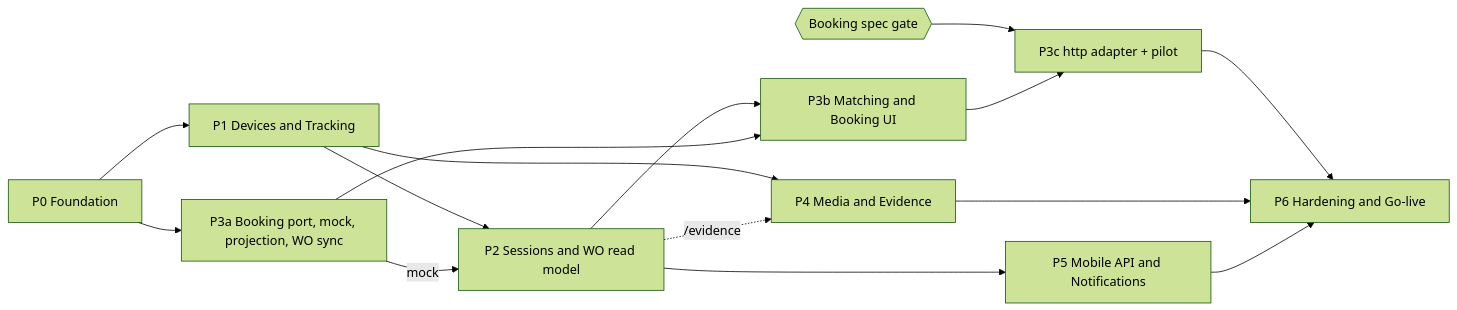
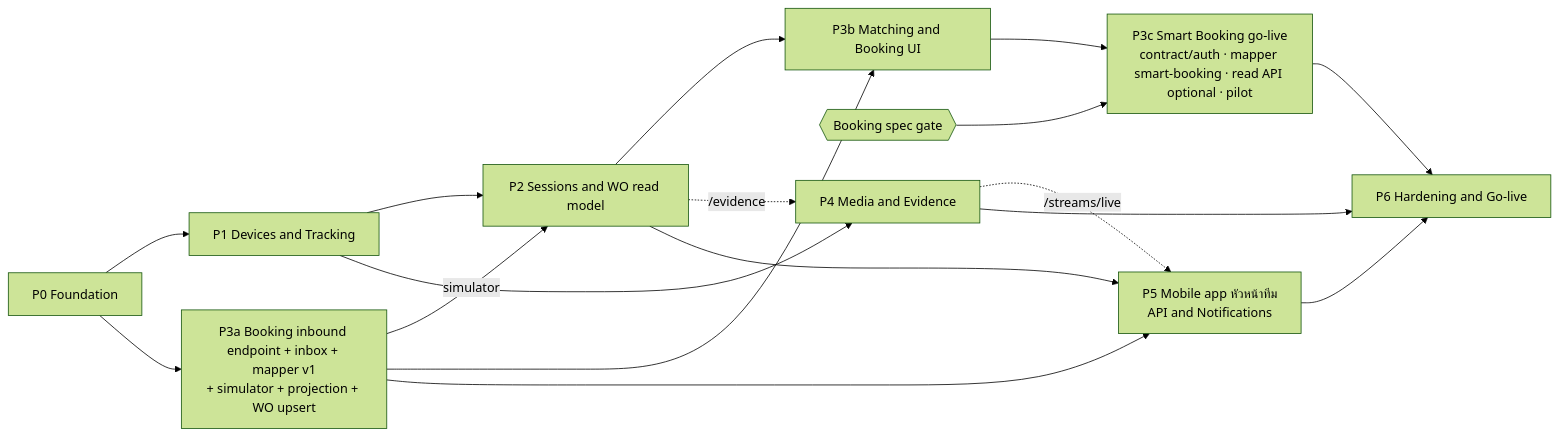
Before and after one commit to b-werayut/psd-bodycam-v1.0: the diagram in docs/blueprint/08-implementation-roadmap.md, drawn with Mermaid (forest theme). The commit also changed other lines of this file and 15 other files, not shown here.

````diff
--- a/docs/blueprint/08-implementation-roadmap.md
+++ b/docs/blueprint/08-implementation-roadmap.md
@@ -9,17 +9,19 @@
 ```mermaid
 flowchart LR
   P0["P0 Foundation"] --> P1["P1 Devices and Tracking"]
   P1 --> P2["P2 Sessions and WO read model"]
-  P0 --> P3A["P3a Booking port, mock, projection, WO sync"]
-  P3A -- "mock" --> P2
+  P0 --> P3A["P3a Booking inbound endpoint + inbox + mapper v1<br/>+ simulator + projection + WO upsert"]
+  P3A -- "simulator" --> P2
   P2 --> P3B["P3b Matching and Booking UI"]
   P3A --> P3B
-  GATE{{"Booking spec gate"}} --> P3C["P3c http adapter + pilot"]
+  GATE{{"Booking spec gate"}} --> P3C["P3c Smart Booking go-live<br/>contract/auth · mapper smart-booking · read API optional · pilot"]
   P3B --> P3C
   P1 --> P4["P4 Media and Evidence"]
   P2 -. "/evidence" .-> P4
-  P2 --> P5["P5 Mobile API and Notifications"]
+  P2 --> P5["P5 Mobile app หัวหน้าทีม<br/>API and Notifications"]
+  P3A --> P5
+  P4 -. "/streams/live" .-> P5
   P3C --> P6["P6 Hardening and Go-live"]
   P4 --> P6
   P5 --> P6
 ```
````
